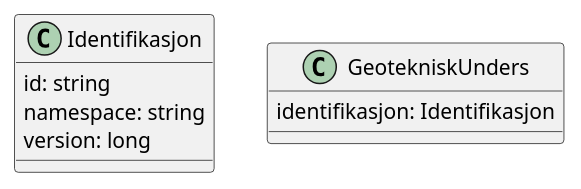
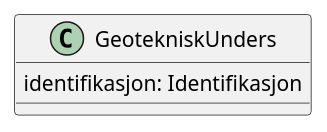
The diagram in examples/test.puml (hallvard/sosi-lang), drawn with PlantUML before and after one commit. The commit also changed 5 other files, not shown here.

```diff
--- a/examples/test.puml
+++ b/examples/test.puml
@@ -1,10 +1,5 @@
 @startuml "ngu.nadag"
-class Identifikasjon {
-    id: string
-    namespace: string
-    version: long
-}
 class GeotekniskUnders {
     identifikasjon: Identifikasjon
 }
 @enduml
```
